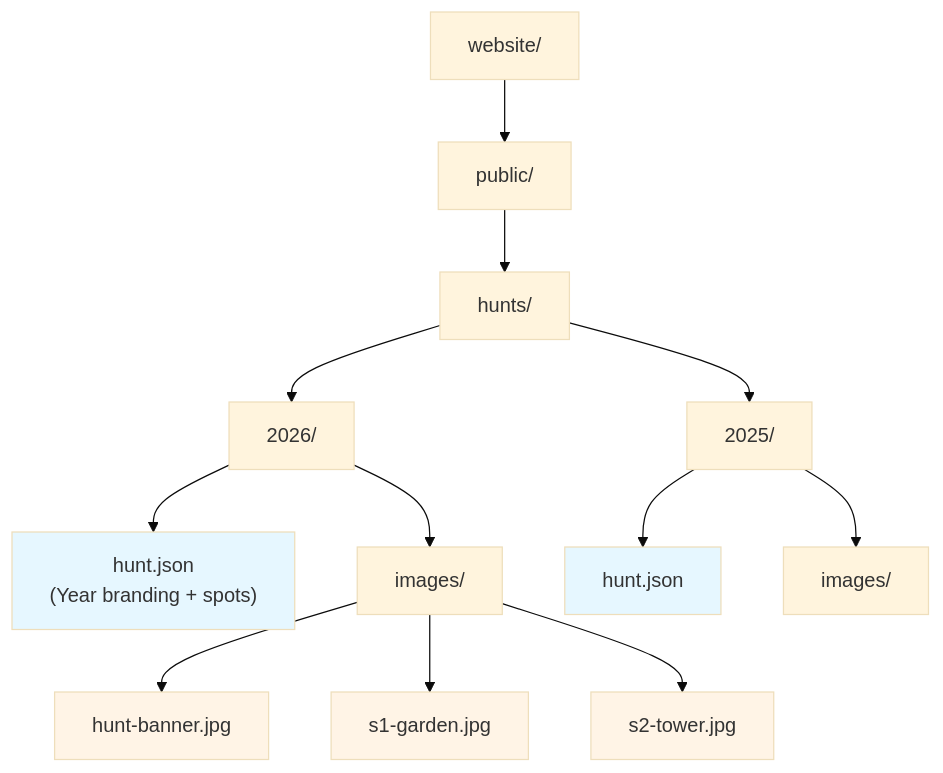
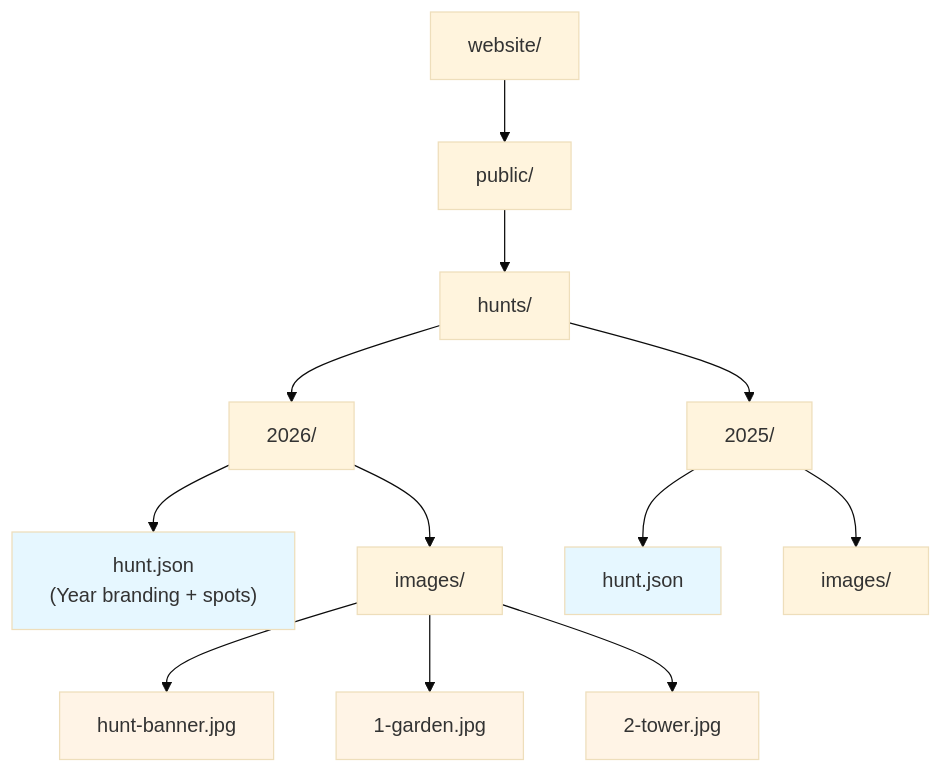
One commit to bnm12/magic-treasure-hunt-infra changed the fourth of 12 diagrams in docs/schematics.md. Above: the diagram before and after it, drawn with Mermaid (base theme). The commit also changed other lines of this file and 9 other files, not shown here.

Commit message:
Schema updates

````diff
--- a/docs/schematics.md
+++ b/docs/schematics.md
@@ -78,30 +78,30 @@
 ```mermaid
 graph TB
   Website["website/"]
   Public["public/"]
   Hunts["hunts/"]
   H2026["2026/"]
   Images2026["images/"]
   H2025["2025/"]
   Images2025["images/"]
 
   Website --> Public
   Public --> Hunts
   Hunts --> H2026
   Hunts --> H2025
 
   H2026 --> Hunt2026["hunt.json<br/>(Year branding + spots)"]
   H2026 --> Images2026
   Images2026 --> BannerImg["hunt-banner.jpg"]
-  Images2026 --> Spot1["s1-garden.jpg"]
-  Images2026 --> Spot2["s2-tower.jpg"]
+  Images2026 --> Spot1["1-garden.jpg"]
+  Images2026 --> Spot2["2-tower.jpg"]
 
   H2025 --> Hunt2025["hunt.json"]
   H2025 --> Images2025
 
   style Hunt2026 fill:#e6f7ff
   style Hunt2025 fill:#e6f7ff
   style BannerImg fill:#fff4e6
   style Spot1 fill:#fff4e6
   style Spot2 fill:#fff4e6
 ```
````
